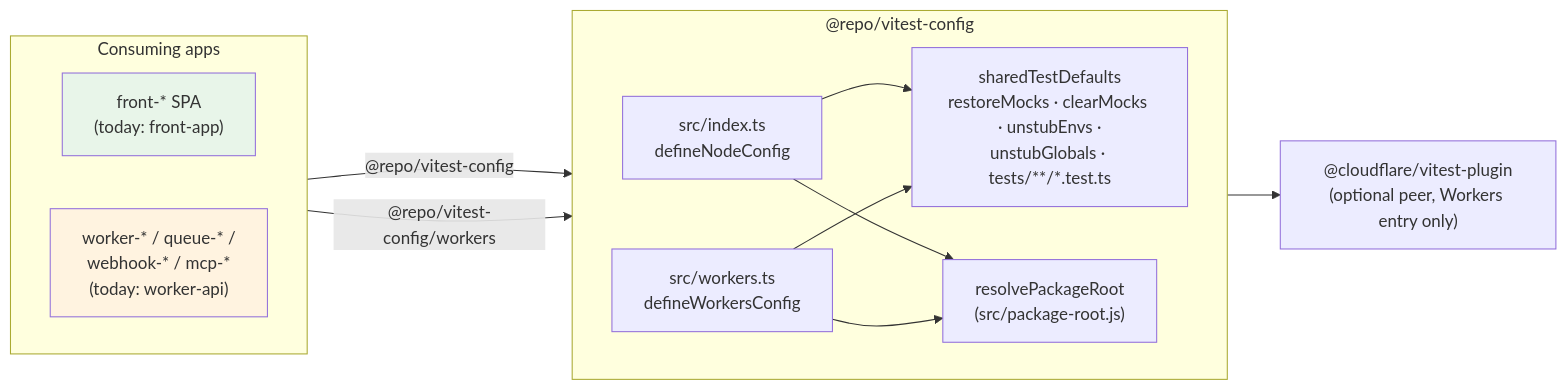
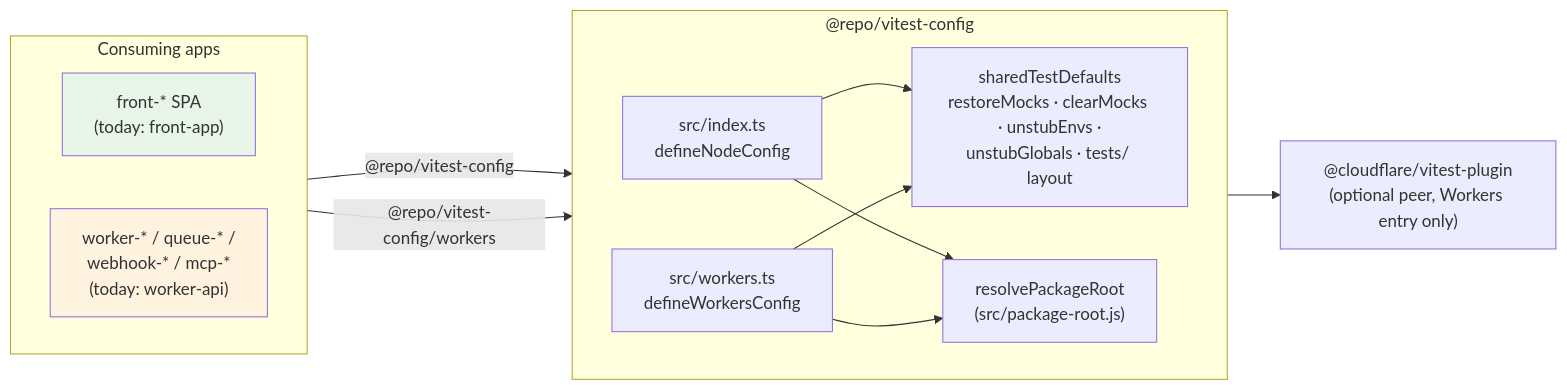
Before and after one commit to louisbrulenaudet/monorepo-template: the first of 2 diagrams in packages/vitest-config/README.md, drawn with Mermaid. The commit also changed other lines of this file and 19 other files, not shown here.

````diff
--- a/packages/vitest-config/README.md
+++ b/packages/vitest-config/README.md
@@ -13,29 +13,29 @@
 ```mermaid
 flowchart LR
   subgraph apps ["Consuming apps"]
     direction LR
     FrontApp["front-* SPA<br/>(today: front-app)"]
     WorkerApps["worker-* / queue-* /<br/>webhook-* / mcp-*<br/>(today: worker-api)"]
   end
 
   subgraph pkg ["@repo/vitest-config"]
     direction LR
     NodeEntry["src/index.ts<br/>defineNodeConfig"]
     WorkersEntry["src/workers.ts<br/>defineWorkersConfig"]
-    Shared["sharedTestDefaults<br/>restoreMocks · clearMocks · unstubEnvs ·<br/>unstubGlobals · tests/**/*.test.ts"]
+    Shared["sharedTestDefaults<br/>restoreMocks · clearMocks · unstubEnvs ·<br/>unstubGlobals · tests/ layout"]
     Pr["resolvePackageRoot<br/>(src/package-root.js)"]
   end
 
   Plugin["@cloudflare/vitest-plugin<br/>(optional peer, Workers entry only)"]
 
   FrontApp -- "@repo/vitest-config" --> NodeEntry
   WorkerApps -- "@repo/vitest-config/workers" --> WorkersEntry
   NodeEntry --> Shared
   WorkersEntry --> Shared
   NodeEntry --> Pr
   WorkersEntry --> Pr
   WorkersEntry --> Plugin
 
   style FrontApp fill:#e8f5e9
   style WorkerApps fill:#fff3e0
 ```
````
